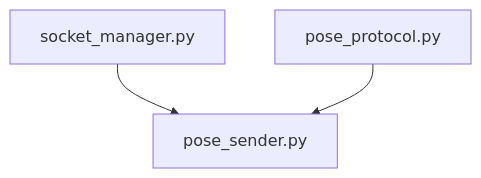
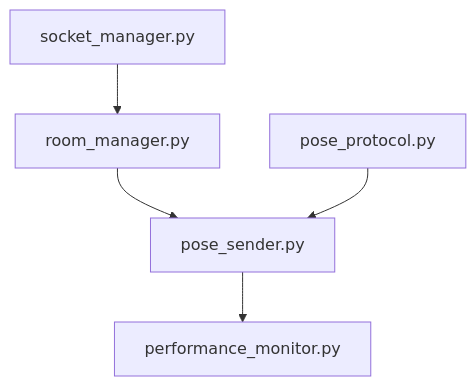
One commit to KiritoFD/meet changed the diagram in TODO_connect.md. Above: the diagram before and after it, drawn with Mermaid. The commit also changed other lines of this file and 7 other files, not shown here.

````diff
--- a/TODO_connect.md
+++ b/TODO_connect.md
@@ -125,5 +295,7 @@
 ```mermaid
 graph TD
-    A[socket_manager.py] --> C[pose_sender.py]
-    B[pose_protocol.py] --> C[pose_sender.py]
+    A[socket_manager.py] --> B[room_manager.py]
+    B --> C[pose_sender.py]
+    D[pose_protocol.py] --> C
+    C --> E[performance_monitor.py]
 ```
````
